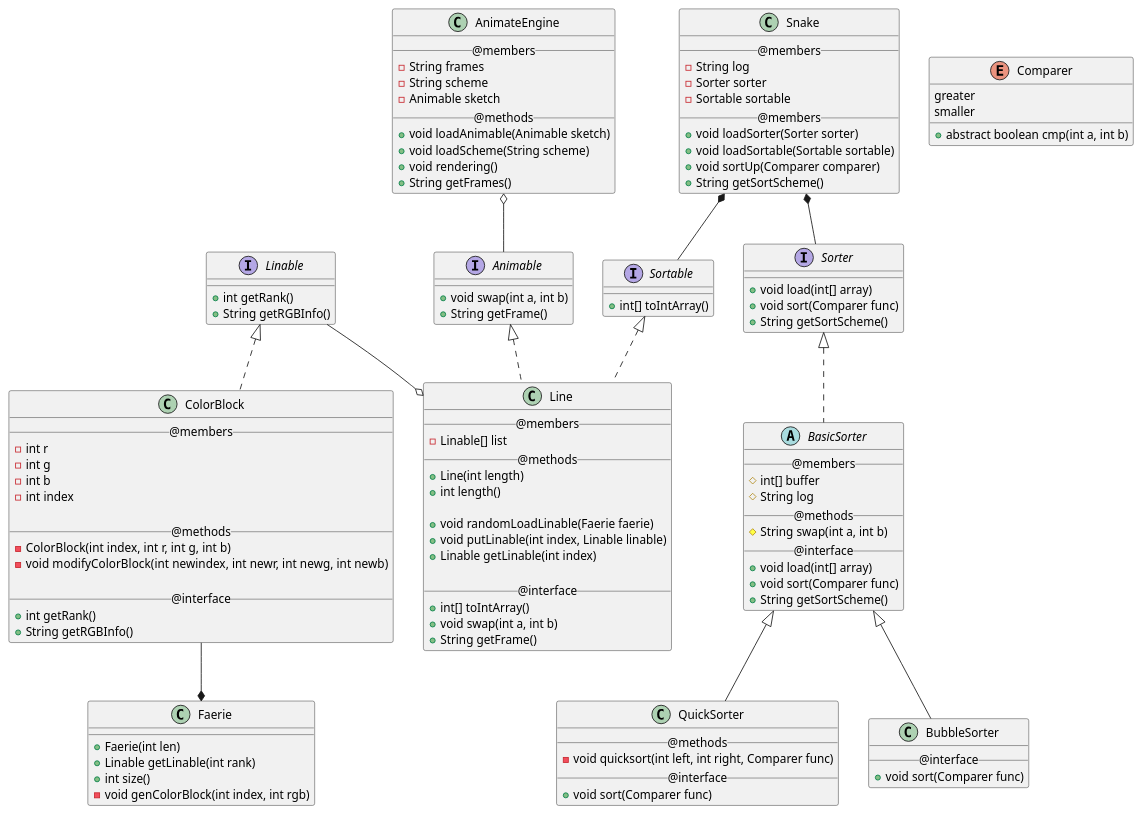
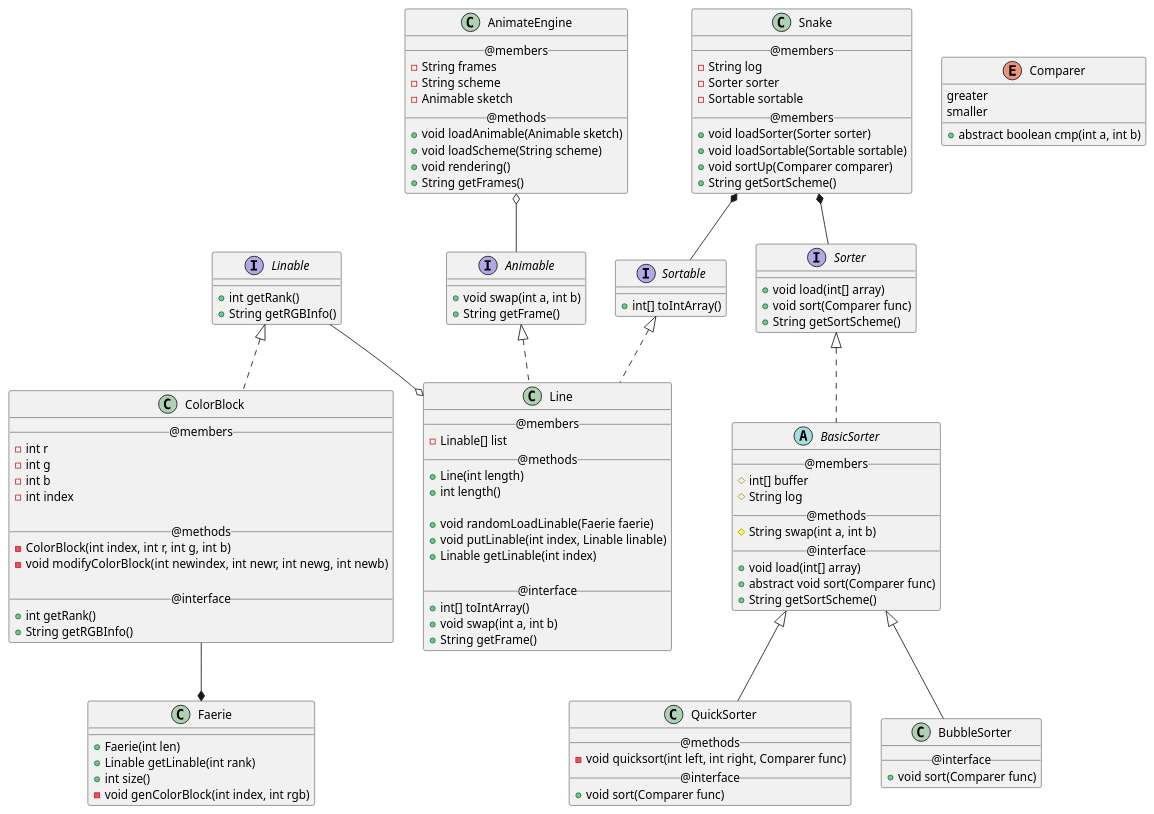
One commit to jwork-2021-attic/jw02-EnxIII changed the diagram in S191220053/Task_two/uml/Class.pu. Above: the diagram before and after it, drawn with PlantUML. The commit also changed 6 other files, not shown here.

```diff
--- a/S191220053/Task_two/uml/Class.pu
+++ b/S191220053/Task_two/uml/Class.pu
@@ -1,127 +1,127 @@
 @startuml
 
 
 
 class Faerie{
     +Faerie(int len)
     +Linable getLinable(int rank)
     +int size()
     -void genColorBlock(int index, int rgb)
 }
 
 class ColorBlock implements Linable{
     __@members__
     -int r
     -int g
     -int b
     -int index
 
     __@methods__
     -ColorBlock(int index, int r, int g, int b)
     -void modifyColorBlock(int newindex, int newr, int newg, int newb)
 
     __@interface__
     +int getRank()
     +String getRGBInfo()
 }
 
 interface Linable {
     +int getRank()
     +String getRGBInfo()
 }
 
 class Line implements Sortable, Animable{
     __@members__
     -Linable[] list
     __@methods__
     +Line(int length)
     +int length()
 
     +void randomLoadLinable(Faerie faerie)
     +void putLinable(int index, Linable linable)
     +Linable getLinable(int index)
 
     __@interface__
     +int[] toIntArray()
     +void swap(int a, int b)
     +String getFrame()
 }
 
 interface Sortable {
     +int[] toIntArray()
 }
 
 interface Animable{
     +void swap(int a, int b)
     +String getFrame()   
 }
 
 class AnimateEngine {
     __@members__
     -String frames
     -String scheme
     -Animable sketch
     __@methods__
     +void loadAnimable(Animable sketch)
     +void loadScheme(String scheme)
     +void rendering()
     +String getFrames()
 }
 
 class Snake {
     __@members__
     -String log
     -Sorter sorter
     -Sortable sortable
     __@members__
     +void loadSorter(Sorter sorter)
     +void loadSortable(Sortable sortable)
     +void sortUp(Comparer comparer)
     +String getSortScheme()
 }
 
 enum Comparer{
     greater
     smaller
 
     +abstract boolean cmp(int a, int b)
 }
 
 interface Sorter{
     +void load(int[] array)
     +void sort(Comparer func)
     +String getSortScheme()
 }
 
 abstract class BasicSorter implements Sorter{
     __@members__
     #int[] buffer
     #String log
     __@methods__
     #String swap(int a, int b)
     __@interface__
     +void load(int[] array)
-    +void sort(Comparer func)
+    +abstract void sort(Comparer func)
     +String getSortScheme()
 }
 
 class BubbleSorter extends BasicSorter{
     __@interface__
     +void sort(Comparer func)
 }
 
 class QuickSorter extends BasicSorter{
     __@methods__
     -void quicksort(int left, int right, Comparer func)
     __@interface__
     +void sort(Comparer func)
 }
 
 ColorBlock --* Faerie
 Linable --o Line
 AnimateEngine o-- Animable
 Snake *-- Sortable
 Snake *-- Sorter
 
 
 @enduml
```
